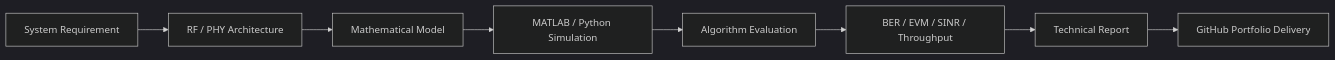
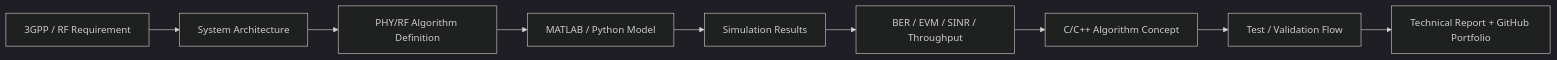
Before and after one commit to dipucwc/dipucwc: the diagram in README.md, drawn with Mermaid (dark theme). The commit also changed other lines of this file, not shown here.

First line of the commit message:
Upgrade GitHub profile README with advanced RF PHY portfolio design

````diff
--- a/README.md
+++ b/README.md
@@ -166,10 +122,11 @@
 ```mermaid
 flowchart LR
-    A[System Requirement] --> B[RF / PHY Architecture]
-    B --> C[Mathematical Model]
-    C --> D[MATLAB / Python Simulation]
-    D --> E[Algorithm Evaluation]
+    A[3GPP / RF Requirement] --> B[System Architecture]
+    B --> C[PHY/RF Algorithm Definition]
+    C --> D[MATLAB / Python Model]
+    D --> E[Simulation Results]
     E --> F[BER / EVM / SINR / Throughput]
-    F --> G[Technical Report]
-    G --> H[GitHub Portfolio Delivery]
+    F --> G[C/C++ Algorithm Concept]
+    G --> H[Test / Validation Flow]
+    H --> I[Technical Report + GitHub Portfolio]
 ```
````
